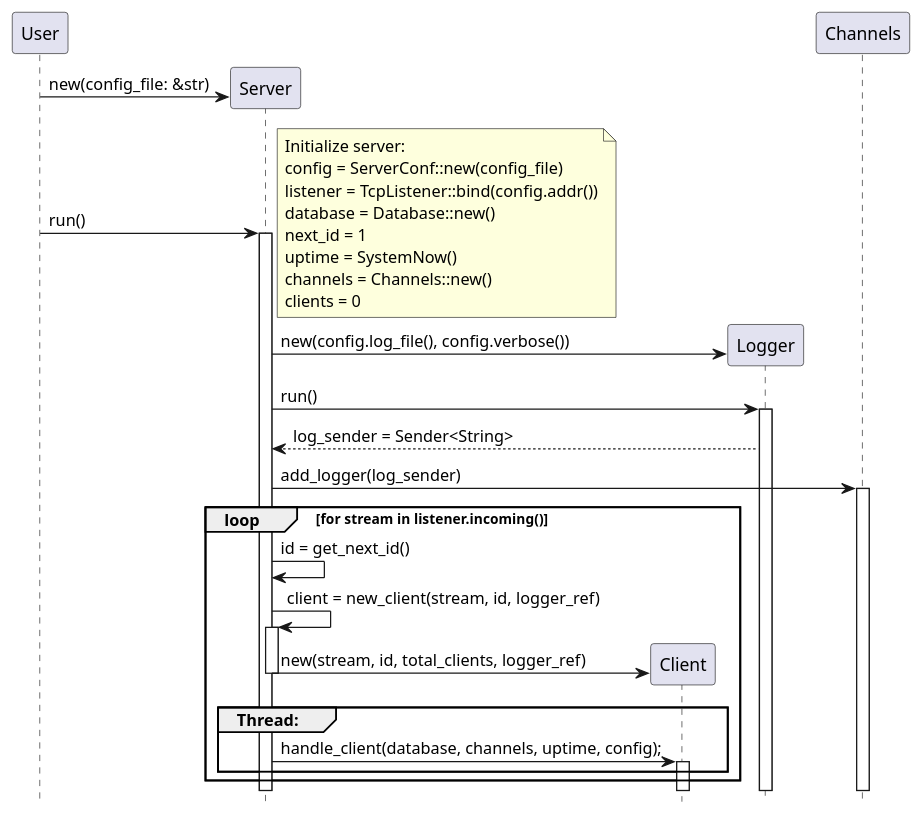
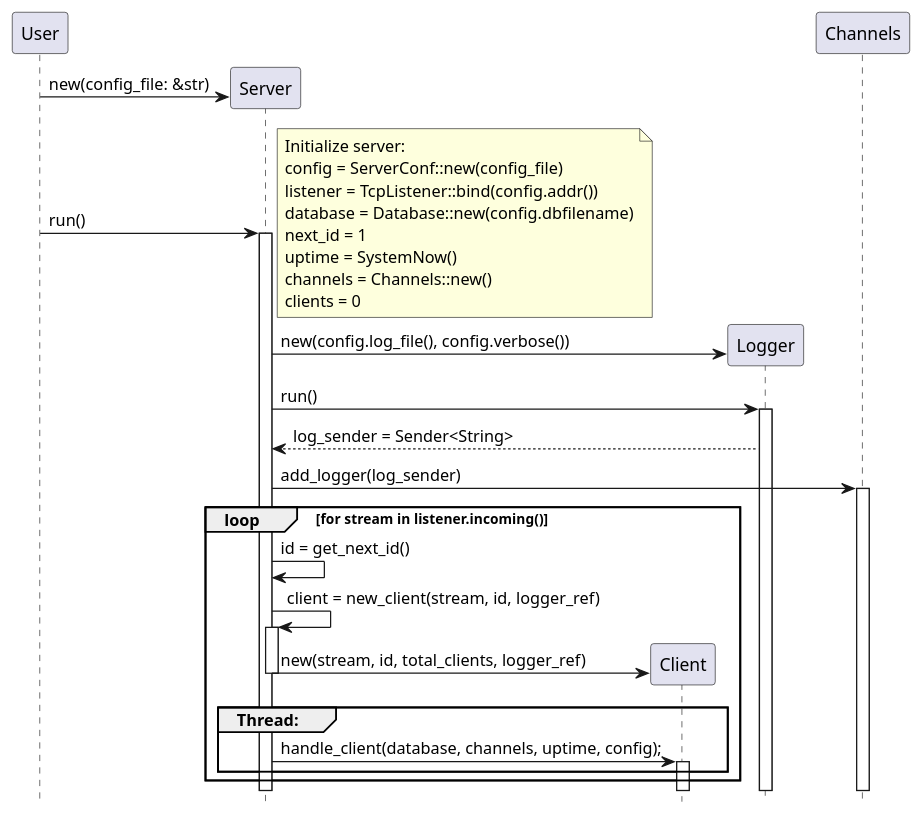
The diagram in src/Diagramas/start_redis.puml (taller-1-fiuba-rust/21C1-OxidadosFC), drawn with PlantUML before and after one commit. The commit also changed 3 other files, not shown here.

Commit message:
diagrams done

```diff
--- a/src/Diagramas/start_redis.puml
+++ b/src/Diagramas/start_redis.puml
@@ -1,31 +1,31 @@
 @startuml start_redis
 hide footbox
 participant User order 10
 participant Server order 20
 participant Client order 30
 participant Logger order 40
 participant Channels order 50
 
 create Server
 User -> Server: new(config_file: &str)
 User -> Server ++: run()
-note right: Initialize server:\nconfig = ServerConf::new(config_file)\nlistener = TcpListener::bind(config.addr())\ndatabase = Database::new()\nnext_id = 1\nuptime = SystemNow()\nchannels = Channels::new()\nclients = 0
+note right: Initialize server:\nconfig = ServerConf::new(config_file)\nlistener = TcpListener::bind(config.addr())\ndatabase = Database::new(config.dbfilename)\nnext_id = 1\nuptime = SystemNow()\nchannels = Channels::new()\nclients = 0
 
 create Logger
 Server -> Logger : new(config.log_file(), config.verbose())
 Server -> Logger ++: run()
 Logger --> Server: log_sender = Sender<String>
 
 Server -> Channels ++: add_logger(log_sender)
     loop for stream in listener.incoming()
         Server -> Server: id = get_next_id()
         Server -> Server ++: client = new_client(stream, id, logger_ref)
         create Client
         Server -> Client : new(stream, id, total_clients, logger_ref)
         deactivate Server
         group Thread:
             Server -> Client ++: handle_client(database, channels, uptime, config);
         end
     end
 
 @enduml
```
